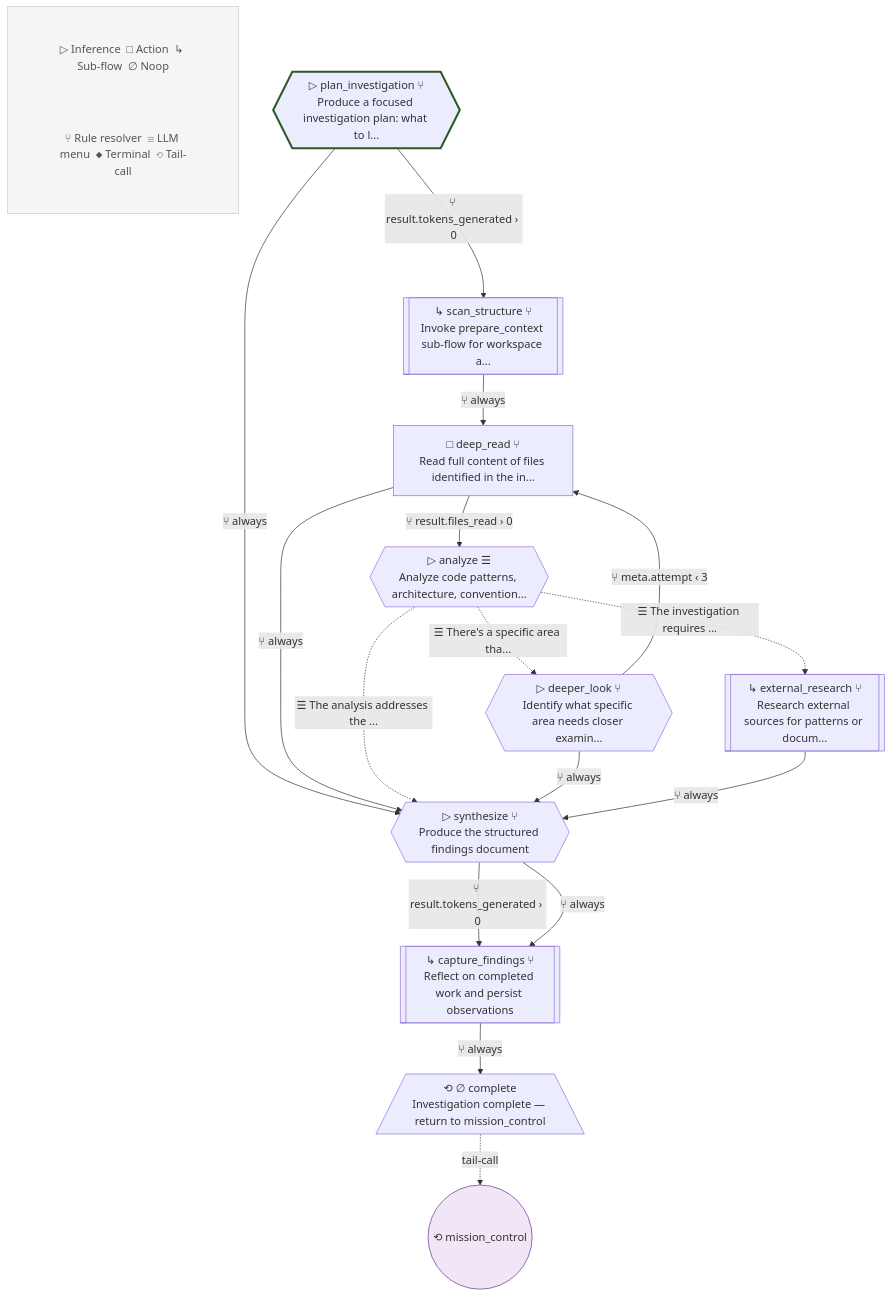
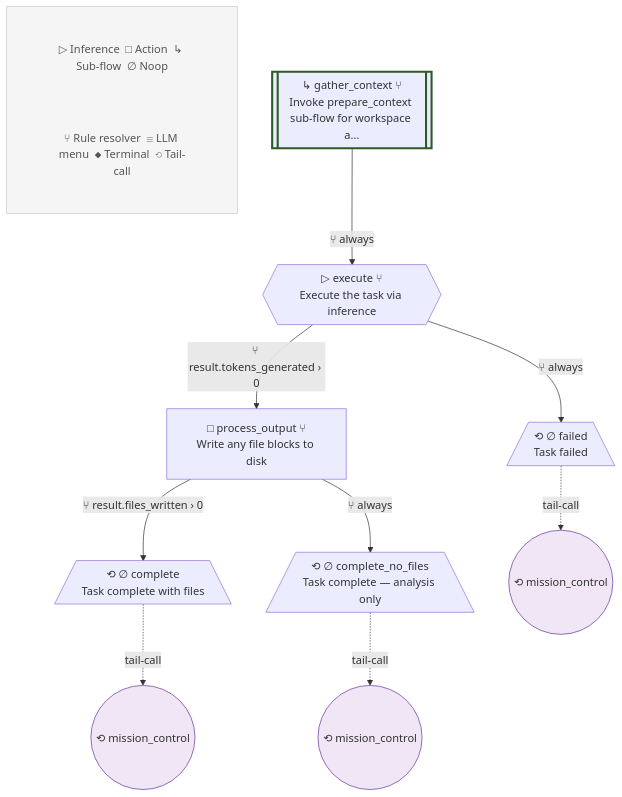
One commit to lah-rb/ouroboros changed the seventh of 31 diagrams in blueprint.md. Above: the diagram before and after it, drawn with Mermaid. The commit also changed other lines of this file and 32 other files, not shown here.

````diff
--- a/blueprint.md
+++ b/blueprint.md
@@ -759,43 +684,37 @@
 ```mermaid
 flowchart TD
-    %% explore_spike v1
+    %% explore_spike v2
 
     subgraph Legend[" "]
         L1["▷ Inference  □ Action  ↳ Sub-flow  ∅ Noop"]
         L2["⑂ Rule resolver  ☰ LLM menu  ◆ Terminal  ⟲ Tail-call"]
     end
     style Legend fill:#f5f5f5,stroke:#ccc,stroke-width:1px
     style L1 fill:#f5f5f5,stroke:none,color:#555
     style L2 fill:#f5f5f5,stroke:none,color:#555
 
-    plan_investigation{{"▷ plan_investigation ⑂\nProduce a focused investigation plan: what to l..."}}
-    scan_structure[["↳ scan_structure ⑂\nInvoke prepare_context sub-flow for workspace a..."]]
-    deep_read["□ deep_read ⑂\nRead full content of files identified in the in..."]
-    analyze{{"▷ analyze ☰\nAnalyze code patterns, architecture, convention..."}}
-    deeper_look{{"▷ deeper_look ⑂\nIdentify what specific area needs closer examin..."}}
-    external_research[["↳ external_research ⑂\nResearch external sources for patterns or docum..."]]
-    synthesize{{"▷ synthesize ⑂\nProduce the structured findings document"}}
-    capture_findings[["↳ capture_findings ⑂\nReflect on completed work and persist observations"]]
-    complete[/"⟲ ∅ complete\nInvestigation complete — return to mission_control"\]
+    gather_context[["↳ gather_context ⑂\nInvoke prepare_context sub-flow for workspace a..."]]
+    execute{{"▷ execute ⑂\nExecute the task via inference"}}
+    process_output["□ process_output ⑂\nWrite any file blocks to disk"]
+    complete[/"⟲ ∅ complete\nTask complete with files"\]
+    complete_no_files[/"⟲ ∅ complete_no_files\nTask complete — analysis only"\]
+    failed[/"⟲ ∅ failed\nTask failed"\]
 
-    style plan_investigation stroke-width:3px,stroke:#2d5a27
+    style gather_context stroke-width:3px,stroke:#2d5a27
 
-    plan_investigation -->|⑂ result.tokens_generated › 0| scan_structure
-    plan_investigation -->|⑂ always| synthesize
-    scan_structure -->|⑂ always| deep_read
-    deep_read -->|⑂ result.files_read › 0| analyze
-    deep_read -->|⑂ always| synthesize
-    analyze -.->|☰ The analysis addresses the ...| synthesize
-    analyze -.->|☰ There's a specific area tha...| deeper_look
-    analyze -.->|☰ The investigation requires ...| external_research
-    deeper_look -->|⑂ meta.attempt ‹ 3| deep_read
-    deeper_look -->|⑂ always| synthesize
-    external_research -->|⑂ always| synthesize
-    synthesize -->|⑂ result.tokens_generated › 0| capture_findings
-    synthesize -->|⑂ always| capture_findings
-    capture_findings -->|⑂ always| complete
+    gather_context -->|⑂ always| execute
+    execute -->|⑂ result.tokens_generated › 0| process_output
+    execute -->|⑂ always| failed
+    process_output -->|⑂ result.files_written › 0| complete
+    process_output -->|⑂ always| complete_no_files
     tc_complete(("⟲ mission_control"))
     style tc_complete fill:#f0e6f6,stroke:#663399
     complete -.->|tail-call| tc_complete
+    tc_complete_no_files(("⟲ mission_control"))
+    style tc_complete_no_files fill:#f0e6f6,stroke:#663399
+    complete_no_files -.->|tail-call| tc_complete_no_files
+    tc_failed(("⟲ mission_control"))
+    style tc_failed fill:#f0e6f6,stroke:#663399
+    failed -.->|tail-call| tc_failed
 
 ```
````
